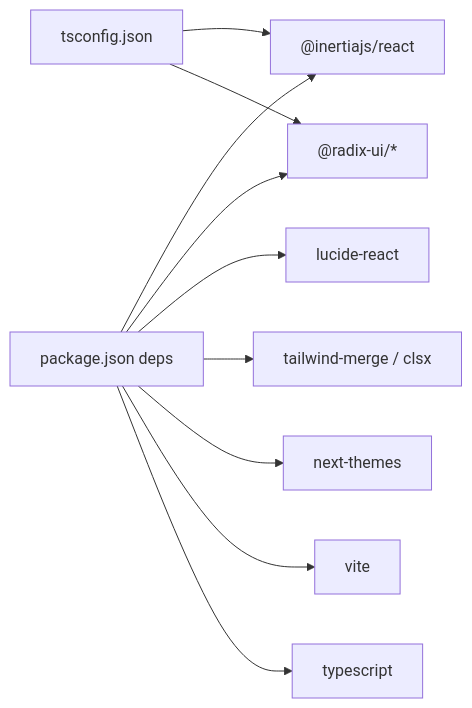
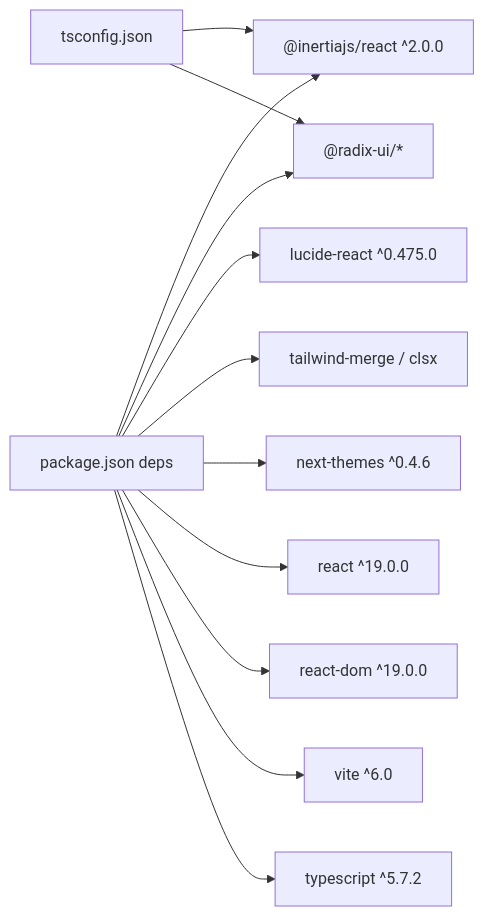
One commit to vincet0t15/template changed diagram 12 of 12 in .qoder/repowiki/en/content/Frontend Components & UI/Frontend Components & UI.md. Above: the diagram before and after it, drawn with Mermaid. The commit also changed other lines of this file and 5 other files, not shown here.

````diff
--- a/.qoder/repowiki/en/content/Frontend Components & UI/Frontend Components & UI.md
+++ b/.qoder/repowiki/en/content/Frontend Components & UI/Frontend Components & UI.md
@@ -684,12 +803,14 @@
 ```mermaid
 graph LR
-P["package.json deps"] --> INERTIA["@inertiajs/react"]
+P["package.json deps"] --> INERTIA["@inertiajs/react ^2.0.0"]
 P --> RADIX["@radix-ui/*"]
-P --> LUCIDE["lucide-react"]
+P --> LUCIDE["lucide-react ^0.475.0"]
 P --> TW["tailwind-merge / clsx"]
-P --> THEME["next-themes"]
-P --> VITE["vite"]
-P --> TS["typescript"]
+P --> THEME["next-themes ^0.4.6"]
+P --> REACT["react ^19.0.0"]
+P --> REACTDOM["react-dom ^19.0.0"]
+P --> VITE["vite ^6.0"]
+P --> TS["typescript ^5.7.2"]
 TSC["tsconfig.json"] --> INERTIA
 TSC --> RADIX
 ```
````
